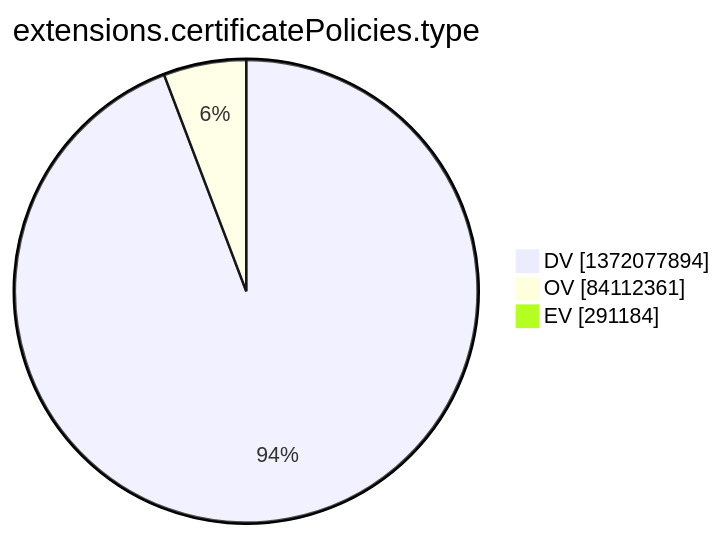
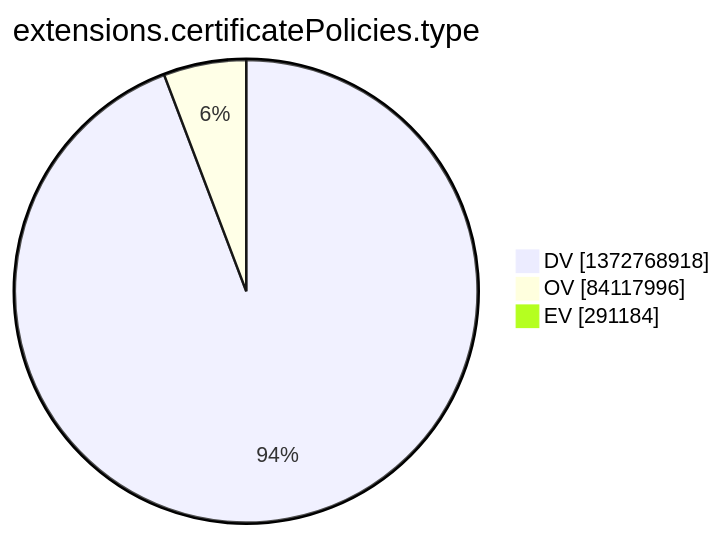
The tenth of 15 diagrams in argon2022/README.md (christiankrug/ctmonitor_visualization), drawn with Mermaid before and after one commit. The commit also changed other lines of this file, not shown here.

````diff
--- a/argon2022/README.md
+++ b/argon2022/README.md
@@ -2773,7 +2773,7 @@
 ```mermaid
 pie showData
 title extensions.certificatePolicies.type
-"DV" :1372077894
-"OV" :84112361
+"DV" :1372768918
+"OV" :84117996
 "EV" :291184
 ```
````
